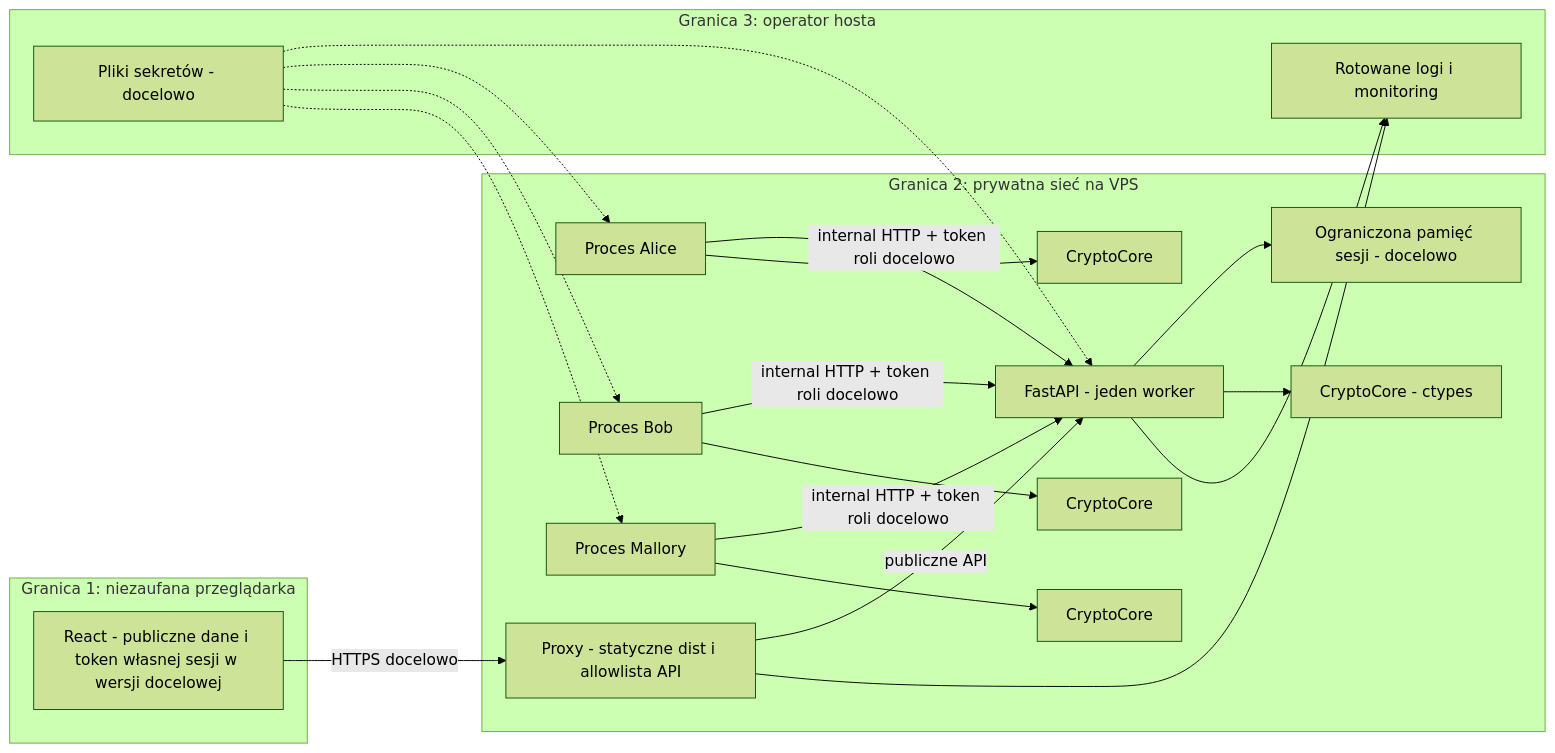
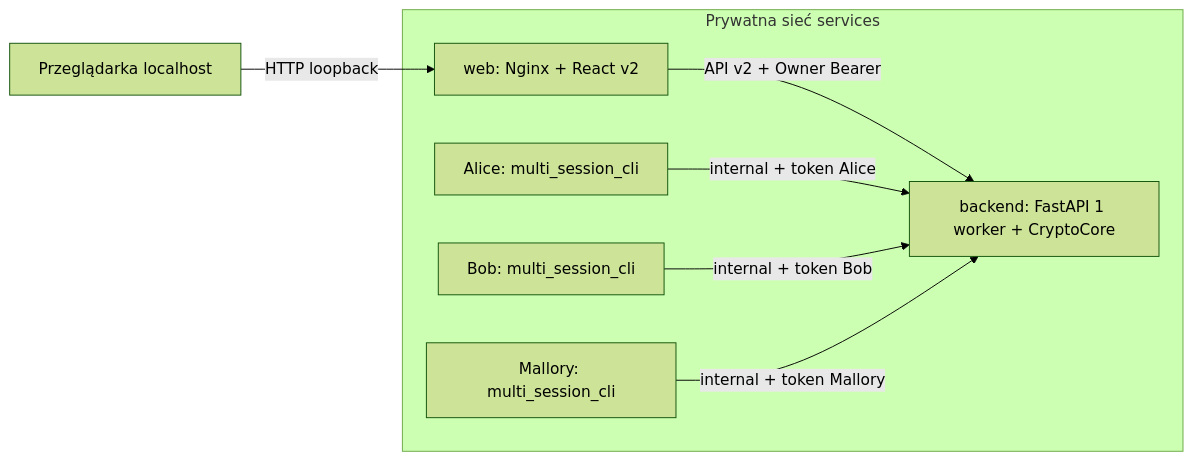
One commit to lukasz-strama/radh changed the diagram in docs/architecture/deployment.md. Above: the diagram before and after it, drawn with Mermaid (forest theme). The commit also changed other lines of this file and 21 other files, not shown here.

First line of the commit message:
feat(node): 70 multi session UI (#86)

````diff
--- a/docs/architecture/deployment.md
+++ b/docs/architecture/deployment.md
@@ -39,28 +11,10 @@
 ```mermaid
 flowchart LR
-  subgraph Untrusted[Granica 1: niezaufana przeglądarka]
-    UI[React - publiczne dane i token własnej sesji w wersji docelowej]
+  UI[Przeglądarka localhost] -->|HTTP loopback| WEB[web: Nginx + React v2]
+  subgraph PRIVATE[Prywatna sieć services]
+    WEB -->|API v2 + Owner Bearer| API[backend: FastAPI 1 worker + CryptoCore]
+    A[Alice: multi_session_cli] -->|internal + token Alice| API
+    B[Bob: multi_session_cli] -->|internal + token Bob| API
+    M[Mallory: multi_session_cli] -->|internal + token Mallory| API
   end
-  UI -->|HTTPS docelowo| RP[Proxy - statyczne dist i allowlista API]
-  subgraph Private[Granica 2: prywatna sieć na VPS]
-    RP -->|publiczne API| API[FastAPI - jeden worker]
-    A[Proces Alice] -->|internal HTTP + token roli docelowo| API
-    B[Proces Bob] -->|internal HTTP + token roli docelowo| API
-    M[Proces Mallory] -->|internal HTTP + token roli docelowo| API
-    API --> MEM[Ograniczona pamięć sesji - docelowo]
-    API --> C1[CryptoCore - ctypes]
-    A --> C2[CryptoCore]
-    B --> C3[CryptoCore]
-    M --> C4[CryptoCore]
-  end
-  subgraph Admin[Granica 3: operator hosta]
-    LOG[Rotowane logi i monitoring]
-    SEC[Pliki sekretów - docelowo]
-  end
-  API --> LOG
-  RP --> LOG
-  SEC -.-> API
-  SEC -.-> A
-  SEC -.-> B
-  SEC -.-> M
 ```
````
